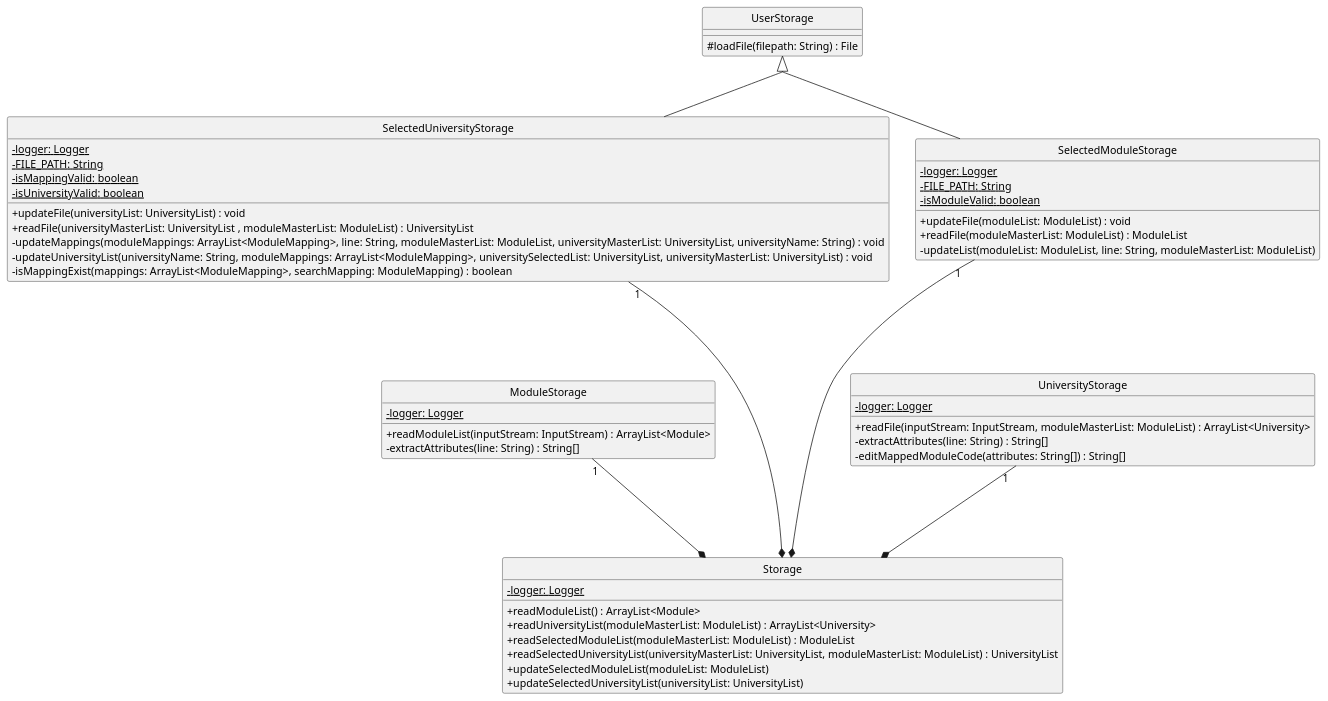
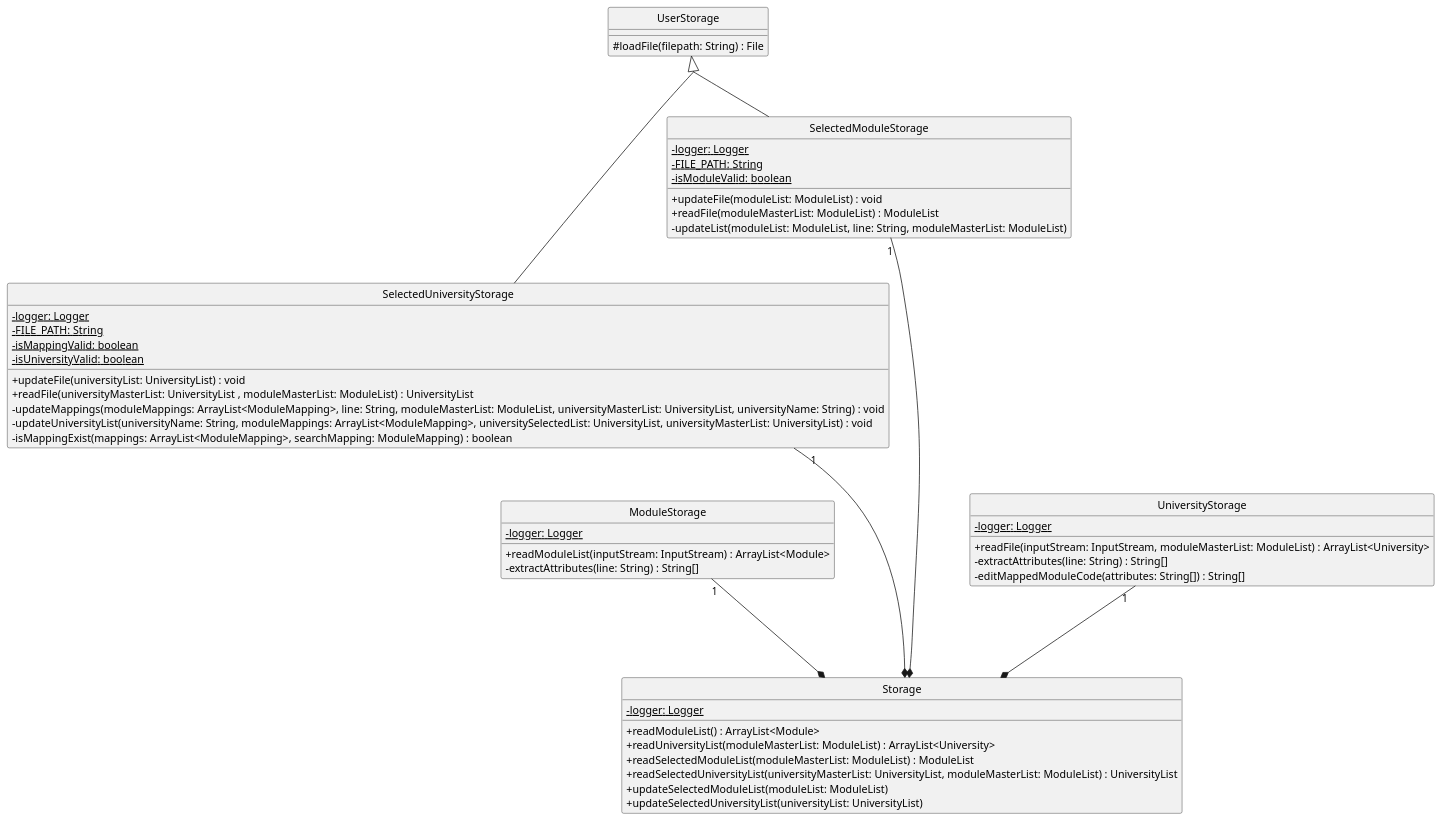
One commit to nus-cs2113-AY2122S1/tp changed the diagram in docs/umls/storage.puml. Above: the diagram before and after it, drawn with PlantUML. The commit also changed 3 other files, not shown here.

```diff
--- a/docs/umls/storage.puml
+++ b/docs/umls/storage.puml
@@ -1,51 +1,51 @@
 @startuml
 hide circle
 skinparam classAttributeIconSize 0
 skinparam groupInheritance 2
 
 ModuleStorage "1" ---* Storage
     ModuleStorage : - {static} logger: Logger
     ModuleStorage : + readModuleList(inputStream: InputStream) : ArrayList<Module>
     ModuleStorage : - extractAttributes(line: String) : String[]
 
 UserStorage <|-- SelectedUniversityStorage
-SelectedUniversityStorage "1" -----* Storage
+SelectedUniversityStorage "1" ----* Storage
     SelectedUniversityStorage : - {static} logger: Logger
     SelectedUniversityStorage : - {static} FILE_PATH: String
     SelectedUniversityStorage : - {static} isMappingValid: boolean
     SelectedUniversityStorage : - {static} isUniversityValid: boolean
     SelectedUniversityStorage : + updateFile(universityList: UniversityList) : void
     SelectedUniversityStorage : + readFile(universityMasterList: UniversityList , moduleMasterList: ModuleList) : UniversityList
     SelectedUniversityStorage : - updateMappings(moduleMappings: ArrayList<ModuleMapping>, line: String, moduleMasterList: ModuleList, universityMasterList: UniversityList, universityName: String) : void
     SelectedUniversityStorage : - updateUniversityList(universityName: String, moduleMappings: ArrayList<ModuleMapping>, universitySelectedList: UniversityList, universityMasterList: UniversityList) : void
     SelectedUniversityStorage : - isMappingExist(mappings: ArrayList<ModuleMapping>, searchMapping: ModuleMapping) : boolean
 
 UserStorage <|-- SelectedModuleStorage
 SelectedModuleStorage "1" -----* Storage
      SelectedModuleStorage : - {static} logger: Logger
      SelectedModuleStorage : - {static} FILE_PATH: String
      SelectedModuleStorage : - {static} isModuleValid: boolean
      SelectedModuleStorage : + updateFile(moduleList: ModuleList) : void
      SelectedModuleStorage : + readFile(moduleMasterList: ModuleList) : ModuleList
      SelectedModuleStorage : - updateList(moduleList: ModuleList, line: String, moduleMasterList: ModuleList)
 
 UniversityStorage "1" ---* Storage
     UniversityStorage : - {static} logger: Logger
     UniversityStorage : + readFile(inputStream: InputStream, moduleMasterList: ModuleList) : ArrayList<University>
     UniversityStorage : - extractAttributes(line: String) : String[]
     UniversityStorage : - editMappedModuleCode(attributes: String[]) : String[]
 
 class UserStorage {
     # loadFile(filepath: String) : File
 }
 
 class Storage {
     - {static} logger: Logger
     + readModuleList() : ArrayList<Module>
     + readUniversityList(moduleMasterList: ModuleList) : ArrayList<University>
     + readSelectedModuleList(moduleMasterList: ModuleList) : ModuleList
     + readSelectedUniversityList(universityMasterList: UniversityList, moduleMasterList: ModuleList) : UniversityList
     + updateSelectedModuleList(moduleList: ModuleList)
     + updateSelectedUniversityList(universityList: UniversityList)
 }
 @enduml
```
